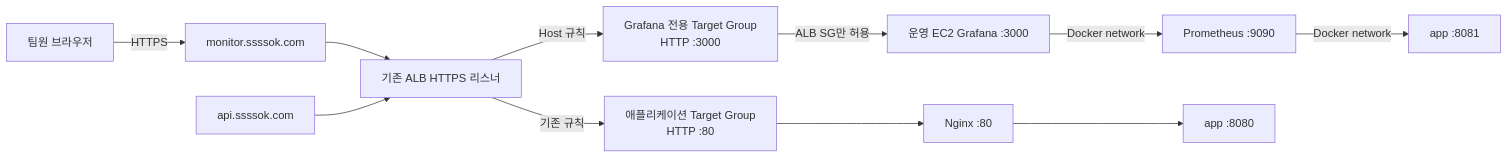
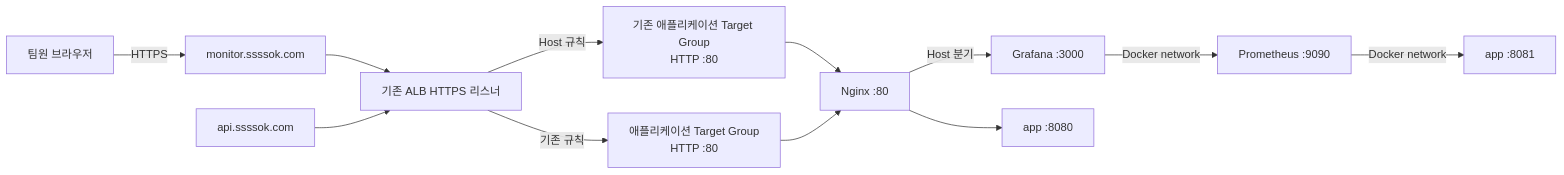
Before and after one commit to woowacourse-teams/2026-sssOK: the second of 3 diagrams in docs/deployment/MONITORING_ACCESS_PLAN.md, drawn with Mermaid. The commit also changed other lines of this file and 4 other files, not shown here.

````diff
--- a/docs/deployment/MONITORING_ACCESS_PLAN.md
+++ b/docs/deployment/MONITORING_ACCESS_PLAN.md
@@ -96,14 +96,15 @@
 ```mermaid
 flowchart LR
     U[팀원 브라우저] -->|HTTPS| DNS[monitor.ssssok.com]
     DNS --> ALB[기존 ALB HTTPS 리스너]
-    ALB -->|Host 규칙| TG[Grafana 전용 Target Group\nHTTP :3000]
-    TG -->|ALB SG만 허용| G[운영 EC2 Grafana :3000]
+    ALB -->|Host 규칙| TG[기존 애플리케이션 Target Group\nHTTP :80]
+    TG --> N[Nginx :80]
+    N -->|Host 분기| G[Grafana :3000]
     G -->|Docker network| P[Prometheus :9090]
     P -->|Docker network| APP[app :8081]
 
     API[api.ssssok.com] --> ALB
     ALB -->|기존 규칙| ATG[애플리케이션 Target Group\nHTTP :80]
-    ATG --> N[Nginx :80]
+    ATG --> N
     N --> APP2[app :8080]
 ```
````
